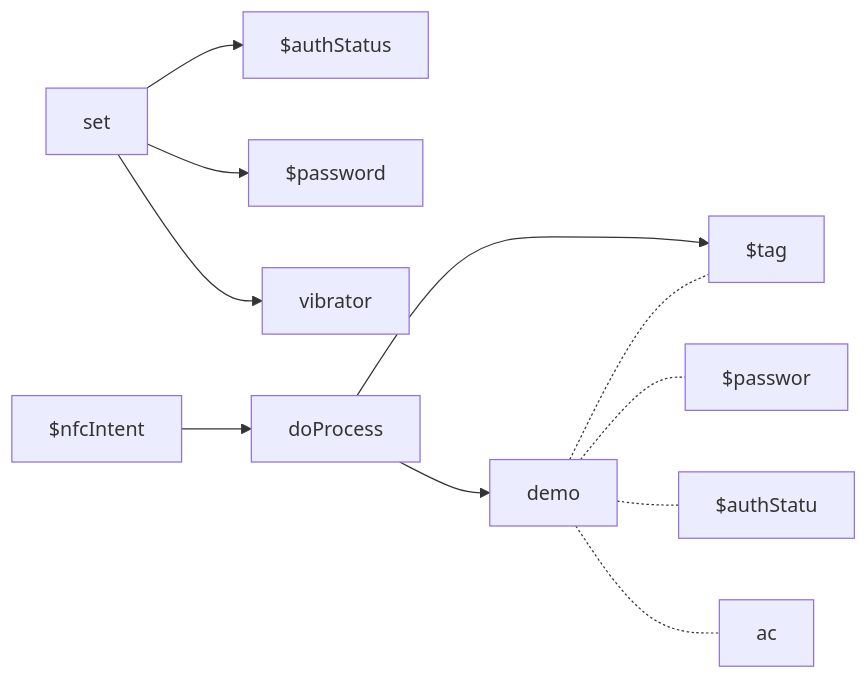
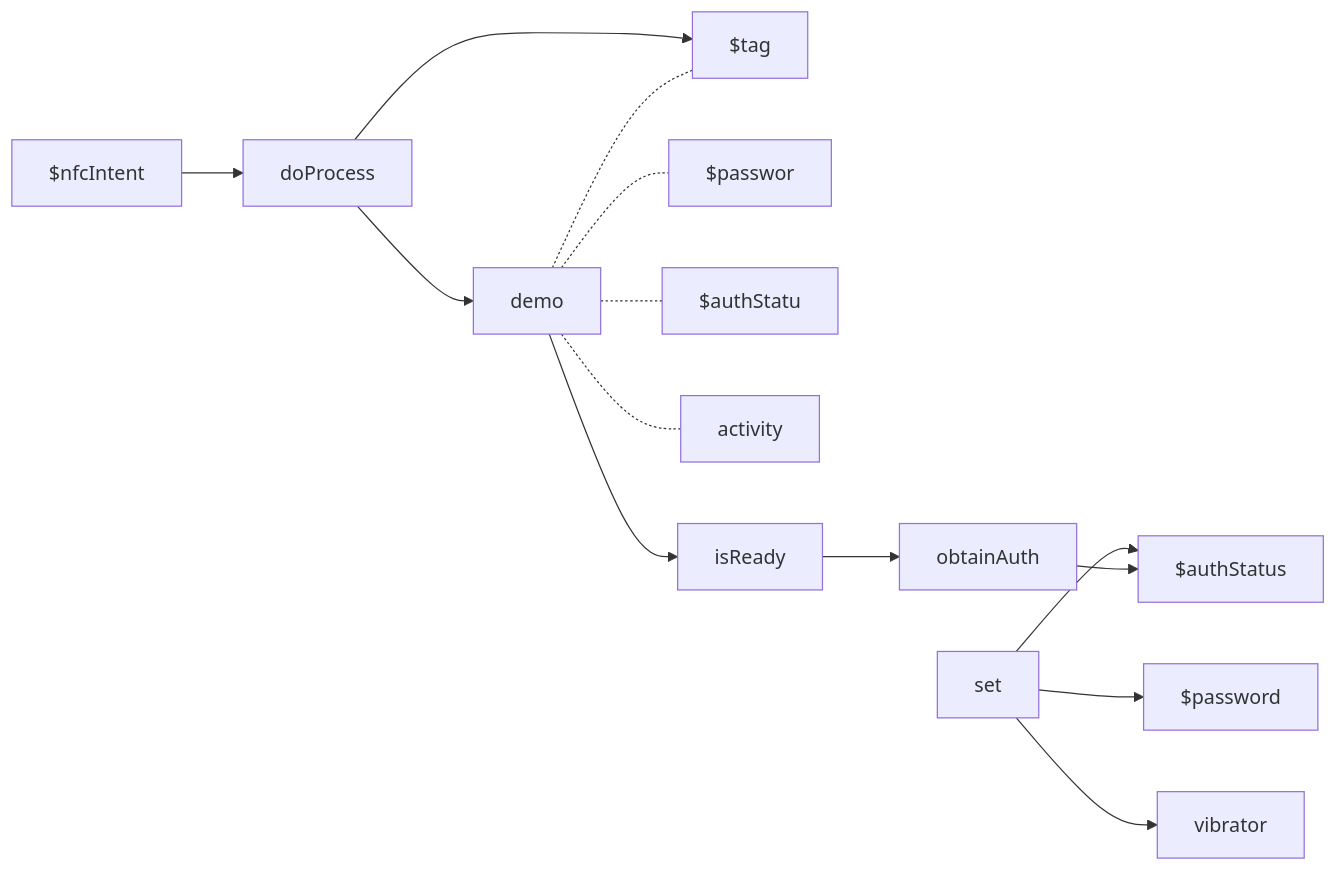
Before and after one commit to gordianknotC/nxp_note: the fourth of 4 diagrams in nxp/MainActivity.md, drawn with Mermaid. The commit also changed other lines of this file, not shown here.

Commit message:
nxp/MainActivity.md updated from https://stackedit.io/

````diff
--- a/nxp/MainActivity.md
+++ b/nxp/MainActivity.md
@@ -37,13 +37,16 @@
 ```mermaid
 graph LR
 	set --> $authStatus
 	set --> $password
 	set --> vibrator
 	$nfcIntent --> doProcess
 	doProcess --> $tag
 	doProcess --> demo
 	demo -.- $passwor
 	demo -.- $authStatu
 	demo -.- $tag
-	demo -.- ac
+	demo -.- activity
+	demo --> isReady
+	isReady --> obtainAuth
+	obtainAuth --> $authStatus
 ```
````
